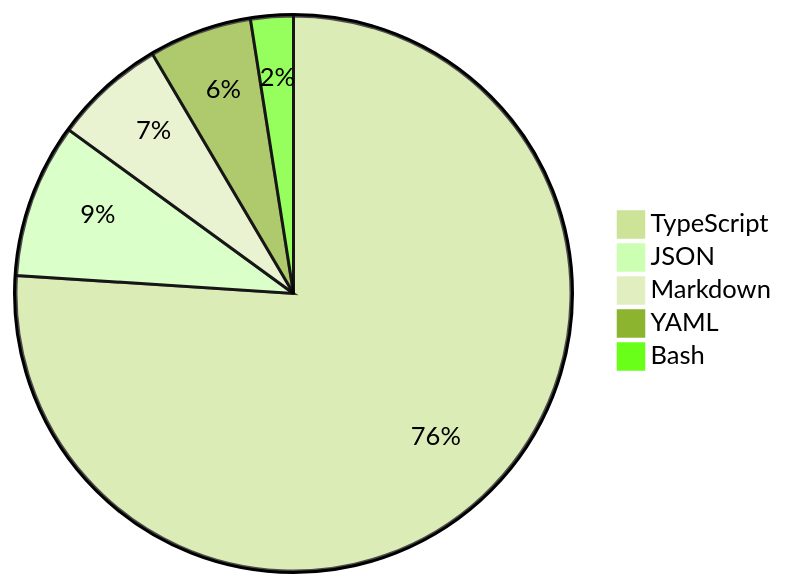
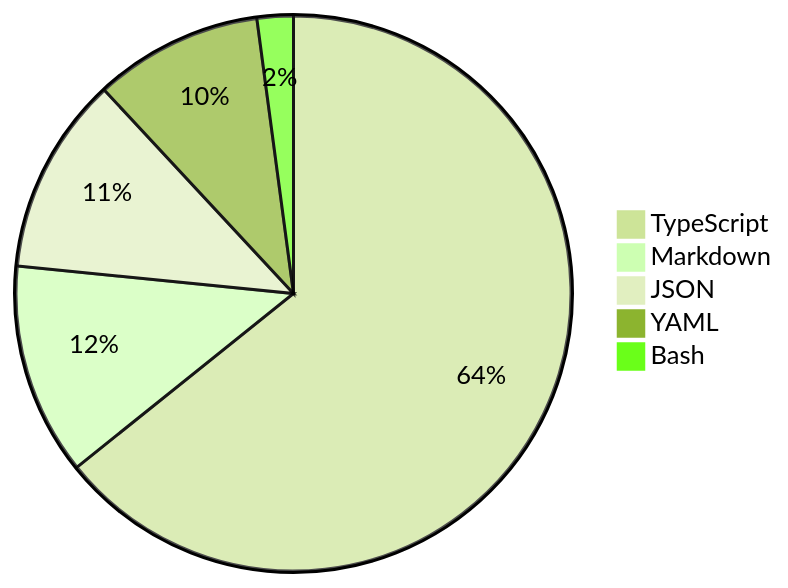
The diagram in README.md (skvggor/skvggor), drawn with Mermaid (forest theme) before and after one commit.

Commit message:
Updated waka-readme graph with new metrics

````diff
--- a/README.md
+++ b/README.md
@@ -39,8 +39,8 @@
 ```mermaid
 pie
-    "TypeScript" : 73.6
-    "JSON" : 8.7
-    "Markdown" : 6.3
-    "YAML" : 5.8
-    "Bash" : 2.4
+    "TypeScript" : 60.9
+    "Markdown" : 11.7
+    "JSON" : 10.9
+    "YAML" : 9.3
+    "Bash" : 2.0
 ```
````
